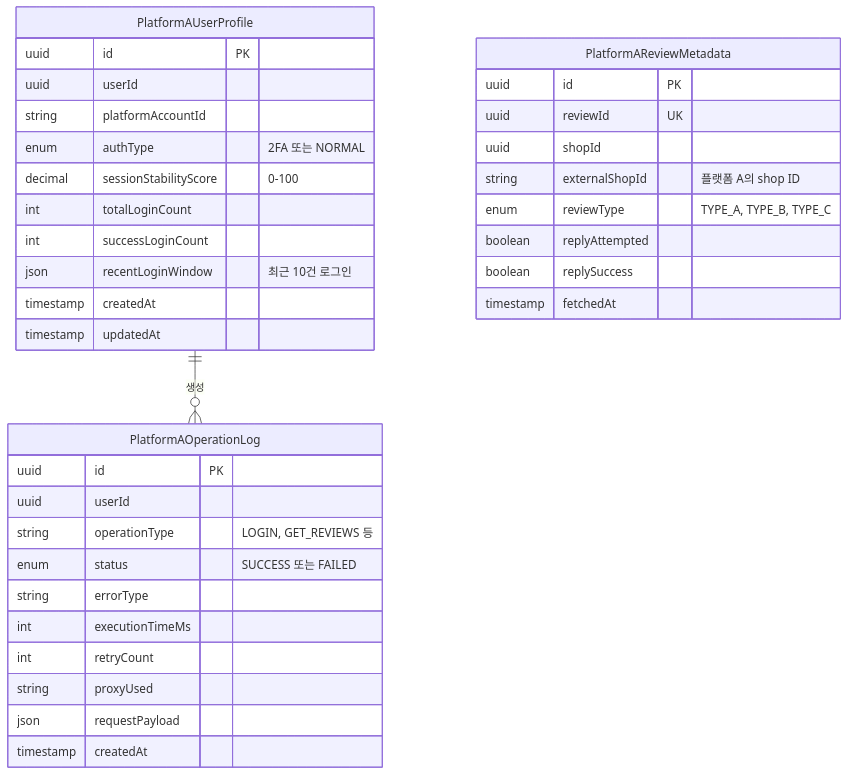
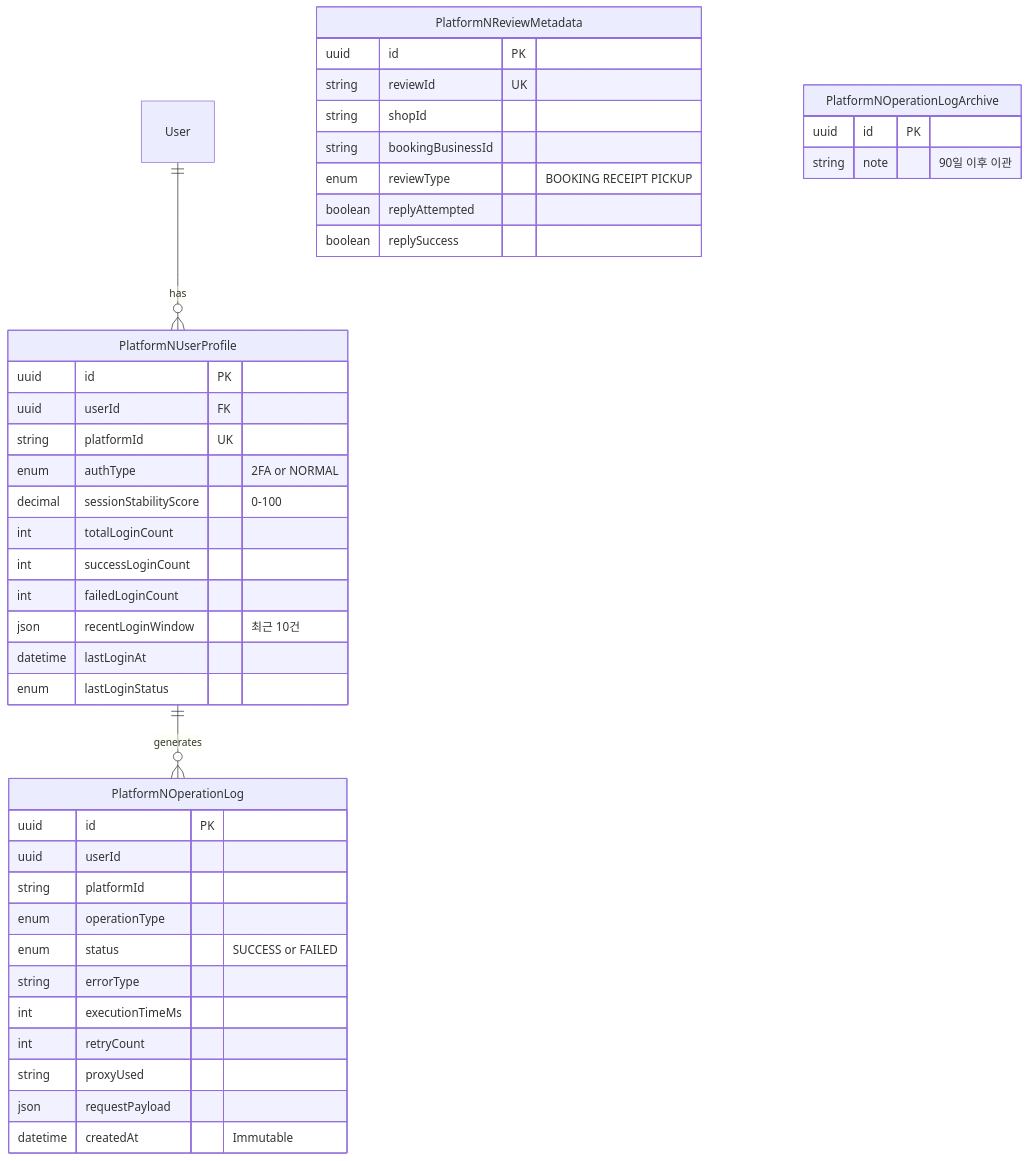
One commit to PreAgile/astro-paper changed the second of 3 diagrams in src/data/blog/multi-platform-database-design-deep-dive.md. Above: the diagram before and after it, drawn with Mermaid. The commit also changed other lines of this file and 1 other file, not shown here.

````diff
--- a/src/data/blog/multi-platform-database-design-deep-dive.md
+++ b/src/data/blog/multi-platform-database-design-deep-dive.md
@@ -330,40 +183,48 @@
 ```mermaid
 erDiagram
-    PlatformAUserProfile ||--o{ PlatformAOperationLog : "생성"
-    PlatformAUserProfile {
+    User ||--o{ PlatformNUserProfile : has
+    PlatformNUserProfile ||--o{ PlatformNOperationLog : generates
+
+    PlatformNUserProfile {
         uuid id PK
-        uuid userId
-        string platformAccountId
-        enum authType "2FA 또는 NORMAL"
+        uuid userId FK
+        string platformId UK
+        enum authType "2FA or NORMAL"
         decimal sessionStabilityScore "0-100"
         int totalLoginCount
         int successLoginCount
-        json recentLoginWindow "최근 10건 로그인"
-        timestamp createdAt
-        timestamp updatedAt
+        int failedLoginCount
+        json recentLoginWindow "최근 10건"
+        datetime lastLoginAt
+        enum lastLoginStatus
     }
 
-    PlatformAOperationLog {
+    PlatformNOperationLog {
         uuid id PK
         uuid userId
-        string operationType "LOGIN, GET_REVIEWS 등"
-        enum status "SUCCESS 또는 FAILED"
+        string platformId
+        enum operationType
+        enum status "SUCCESS or FAILED"
         string errorType
         int executionTimeMs
         int retryCount
         string proxyUsed
         json requestPayload
-        timestamp createdAt
+        datetime createdAt "Immutable"
     }
 
-    PlatformAReviewMetadata {
+    PlatformNReviewMetadata {
         uuid id PK
-        uuid reviewId UK
-        uuid shopId
-        string externalShopId "플랫폼 A의 shop ID"
-        enum reviewType "TYPE_A, TYPE_B, TYPE_C"
+        string reviewId UK
+        string shopId
+        string bookingBusinessId
+        enum reviewType "BOOKING RECEIPT PICKUP"
         boolean replyAttempted
         boolean replySuccess
-        timestamp fetchedAt
+    }
+
+    PlatformNOperationLogArchive {
+        uuid id PK
+        string note "90일 이후 이관"
     }
 ```
````
